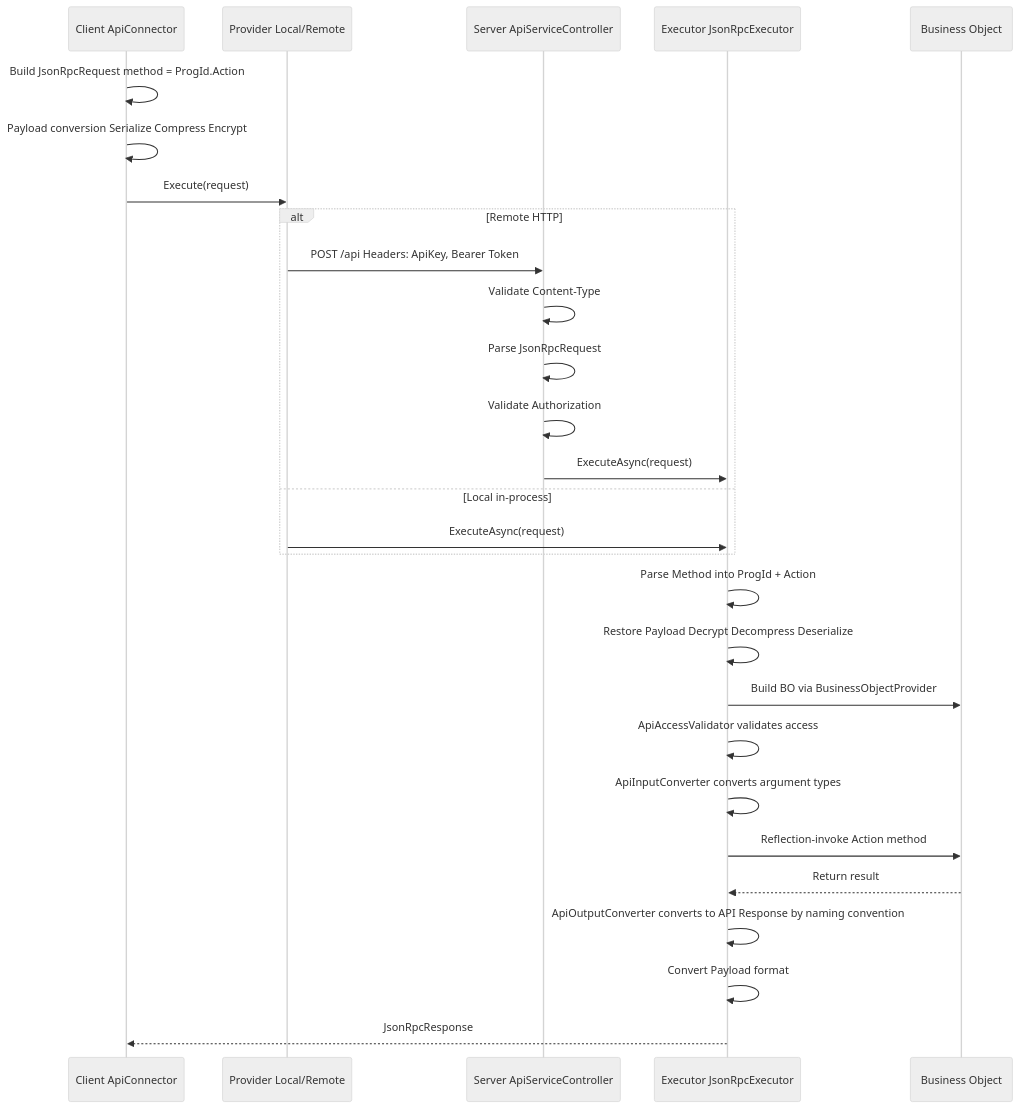
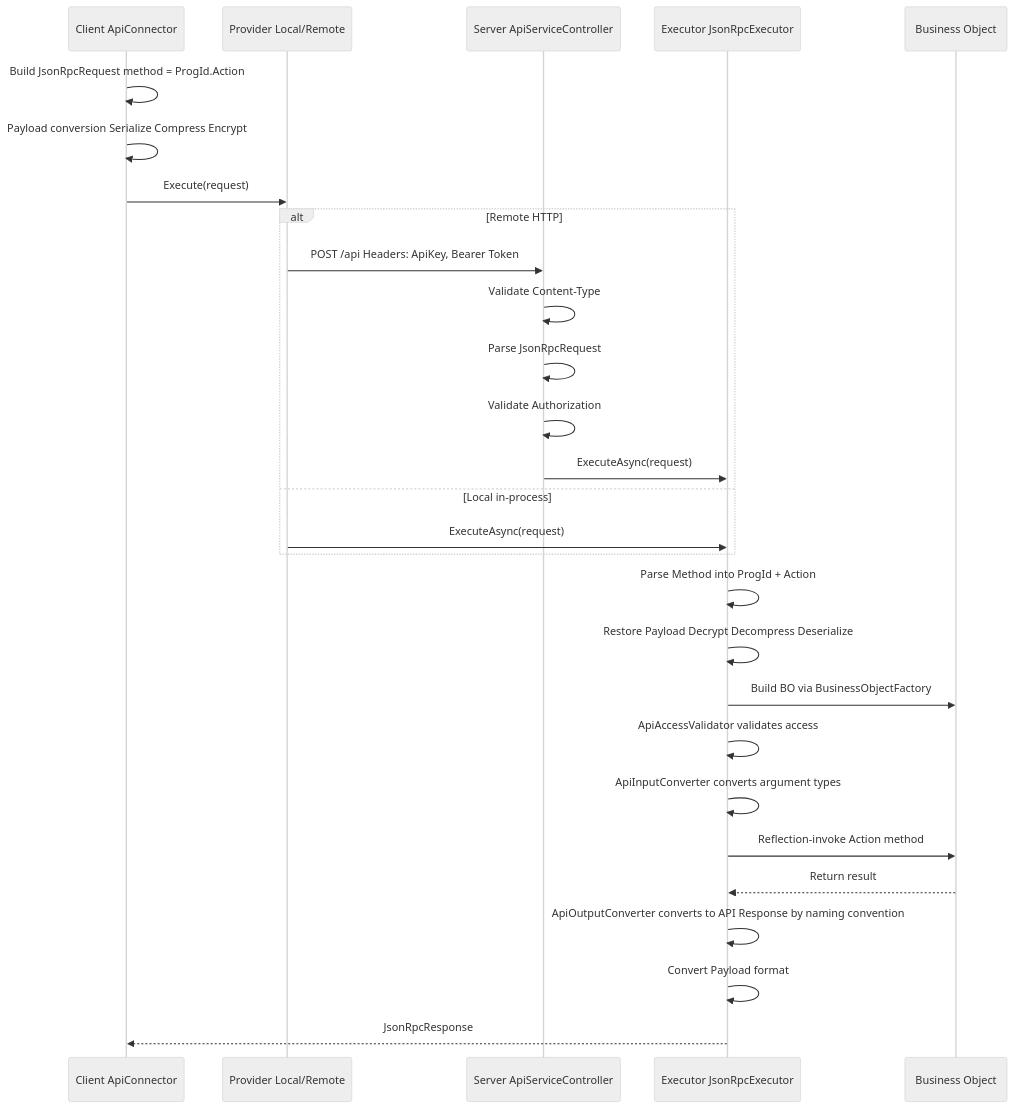
Before and after one commit to jeff377/bee-library: the diagram in docs/development-cookbook.md, drawn with Mermaid (neutral theme). The commit also changed other lines of this file and 51 other files, not shown here.

````diff
--- a/docs/development-cookbook.md
+++ b/docs/development-cookbook.md
@@ -77,33 +77,33 @@
 ```mermaid
 sequenceDiagram
     participant C as Client ApiConnector
     participant P as Provider Local/Remote
     participant S as Server ApiServiceController
     participant E as Executor JsonRpcExecutor
     participant B as Business Object
 
     C->>C: Build JsonRpcRequest method = ProgId.Action
     C->>C: Payload conversion Serialize Compress Encrypt
     C->>P: Execute(request)
 
     alt Remote HTTP
         P->>S: POST /api Headers: ApiKey, Bearer Token
         S->>S: Validate Content-Type
         S->>S: Parse JsonRpcRequest
         S->>S: Validate Authorization
         S->>E: ExecuteAsync(request)
     else Local in-process
         P->>E: ExecuteAsync(request)
     end
 
     E->>E: Parse Method into ProgId + Action
     E->>E: Restore Payload Decrypt Decompress Deserialize
-    E->>B: Build BO via BusinessObjectProvider
+    E->>B: Build BO via BusinessObjectFactory
     E->>E: ApiAccessValidator validates access
     E->>E: ApiInputConverter converts argument types
     E->>B: Reflection-invoke Action method
     B-->>E: Return result
     E->>E: ApiOutputConverter converts to API Response by naming convention
     E->>E: Convert Payload format
     E-->>C: JsonRpcResponse
 ```
````
